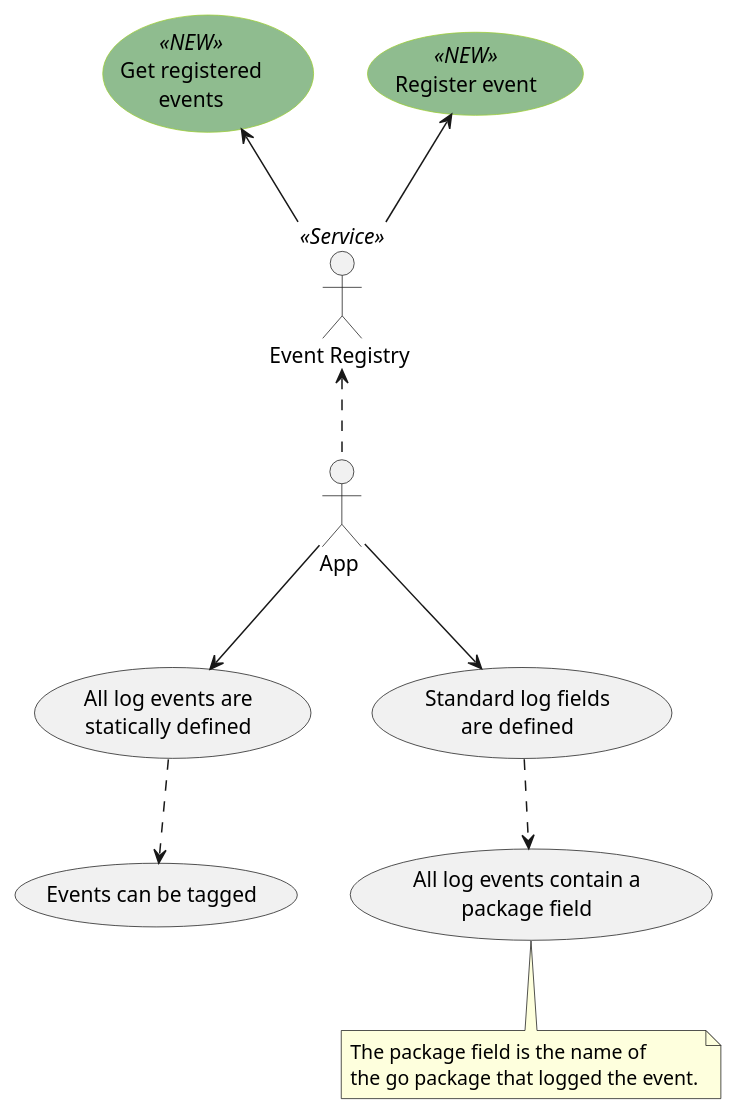
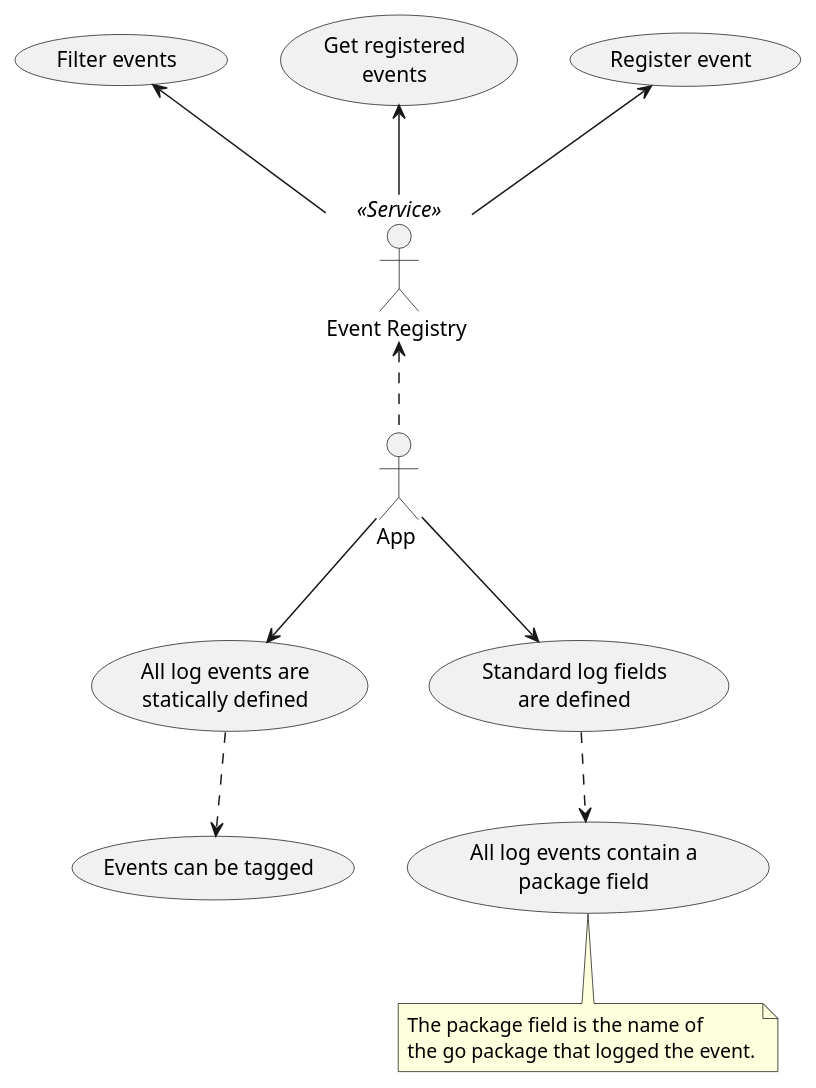
Before and after one commit to oysterpack/andiamo: the diagram in pkg/app/logging/usecases.puml, drawn with PlantUML. The commit also changed 17 other files, not shown here.

```diff
--- a/pkg/app/logging/usecases.puml
+++ b/pkg/app/logging/usecases.puml
@@ -1,41 +1,44 @@
 @startuml
 skinparam usecase {
 	BackgroundColor<< NEW >> DarkSeaGreen
 	BorderColor<< NEW >> YellowGreen
 }
 actor :App : as APP
 actor :Event Registry :as EVENT_REGISTRY <<Service>>
 
 usecase LOG_EVENT as "All log events are
 statically defined"
 
 usecase EVENT_TAGS as "Events can be tagged"
 
 usecase PACKAGE_LOGGER as "All log events contain a
 package field"
 
 note bottom of PACKAGE_LOGGER {
 The package field is the name of
 the go package that logged the event.
 }
 
 usecase STD_LOG_FIELDS as "Standard log fields
 are defined"
 
 APP --> LOG_EVENT
 APP --> STD_LOG_FIELDS
 APP .up.> EVENT_REGISTRY
 
 STD_LOG_FIELDS ..> PACKAGE_LOGGER
 LOG_EVENT ..> EVENT_TAGS
 
-usecase REGISTER_EVENT << NEW >> as "Register event"
+usecase REGISTER_EVENT as "Register event"
 
-usecase LIST_EVENTS << NEW >> as "
+usecase LIST_EVENTS as "
 Get registered
 events"
 
+usecase FILTER_EVENTS as "Filter events"
+
 EVENT_REGISTRY -up-> REGISTER_EVENT
 EVENT_REGISTRY -up-> LIST_EVENTS
+EVENT_REGISTRY -up-> FILTER_EVENTS
 
 @enduml
```
